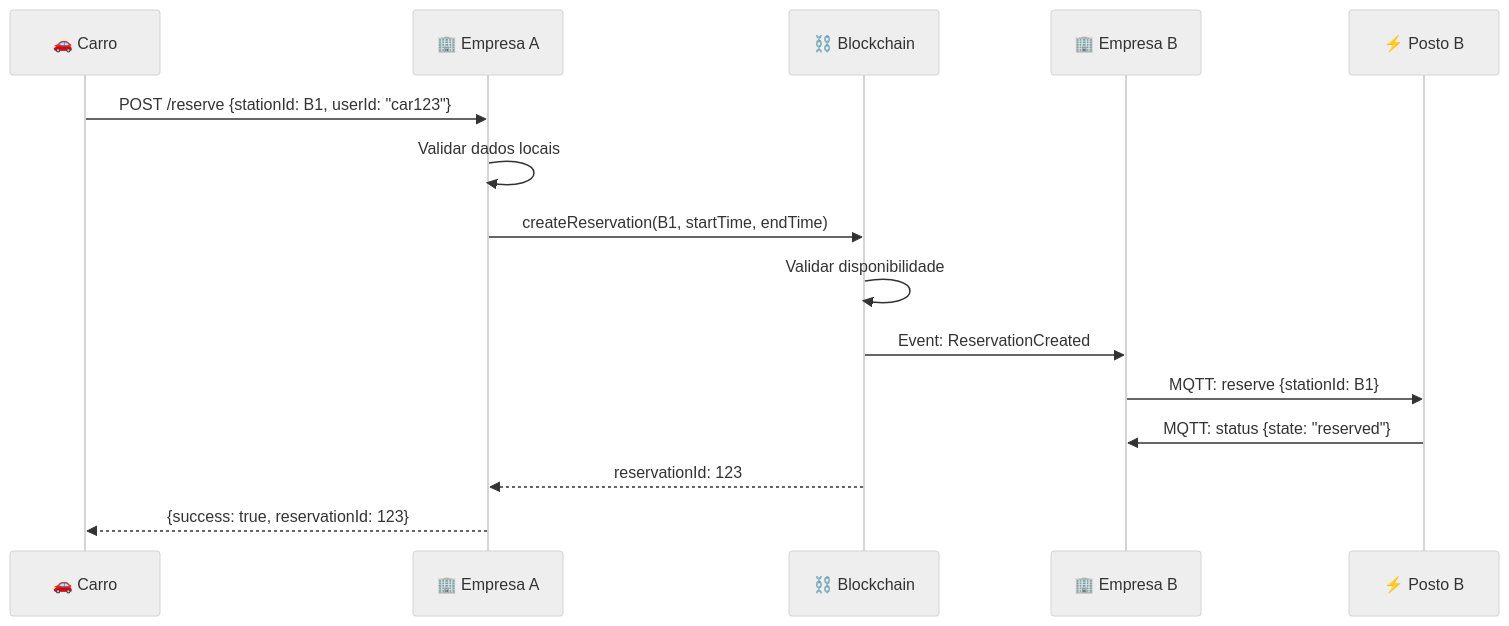
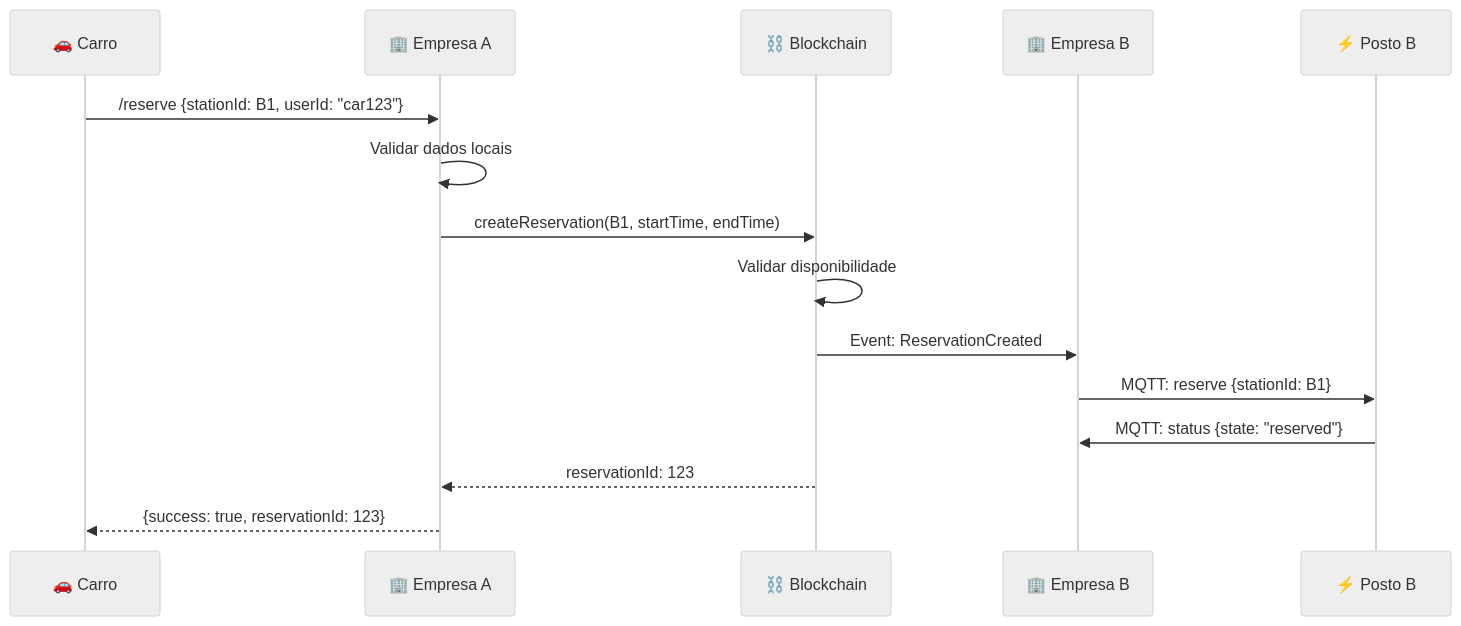
One commit to LucasCarneiro3301/slaps_and_kisses changed the second of 6 diagrams in apps/server/ARCHITECTURE.md. Above: the diagram before and after it, drawn with Mermaid (neutral theme).

````diff
--- a/apps/server/ARCHITECTURE.md
+++ b/apps/server/ARCHITECTURE.md
@@ -200,18 +200,18 @@
 ```mermaid
 sequenceDiagram
     participant Car as 🚗 Carro
     participant CompanyA as 🏢 Empresa A
     participant Blockchain as ⛓️ Blockchain
     participant CompanyB as 🏢 Empresa B
     participant Station as ⚡ Posto B
 
-    Car->>CompanyA: POST /reserve {stationId: B1, userId: "car123"}
+    Car->>CompanyA: /reserve {stationId: B1, userId: "car123"}
     CompanyA->>CompanyA: Validar dados locais
     CompanyA->>Blockchain: createReservation(B1, startTime, endTime)
     Blockchain->>Blockchain: Validar disponibilidade
     Blockchain->>CompanyB: Event: ReservationCreated
     CompanyB->>Station: MQTT: reserve {stationId: B1}
     Station->>CompanyB: MQTT: status {state: "reserved"}
     Blockchain-->>CompanyA: reservationId: 123
     CompanyA-->>Car: {success: true, reservationId: 123}
 ```
````
